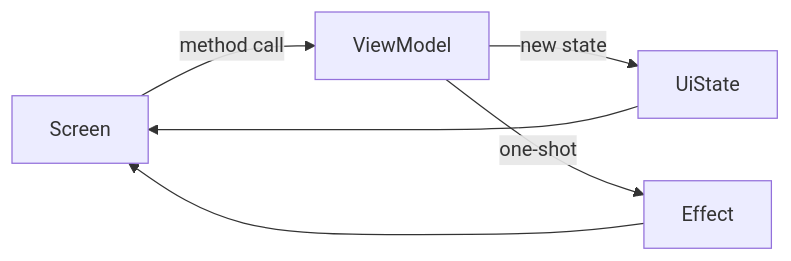
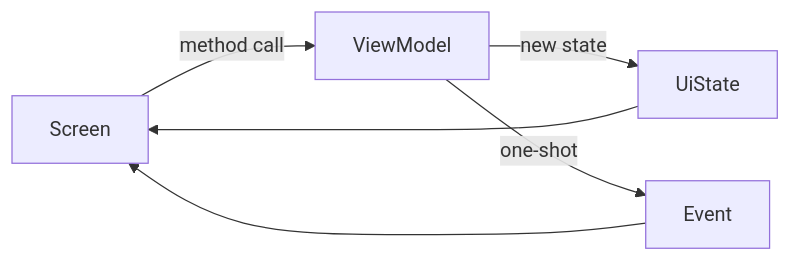
The third of 9 diagrams in docs/architecture.md (LStudioO/skilky-money-tracker), drawn with Mermaid before and after one commit. The commit also changed other lines of this file and 12 other files, not shown here.

Commit message:
Rename the one-shot signal class from Effect to Event.

````diff
--- a/docs/architecture.md
+++ b/docs/architecture.md
@@ -121,8 +121,8 @@
 ```mermaid
 flowchart LR
     UI[Screen] -->|method call| VM[ViewModel]
     VM -->|new state| STATE[UiState]
     STATE --> UI
-    VM -->|one-shot| EFFECT[Effect]
-    EFFECT --> UI
+    VM -->|one-shot| EVENT[Event]
+    EVENT --> UI
 ```
````
